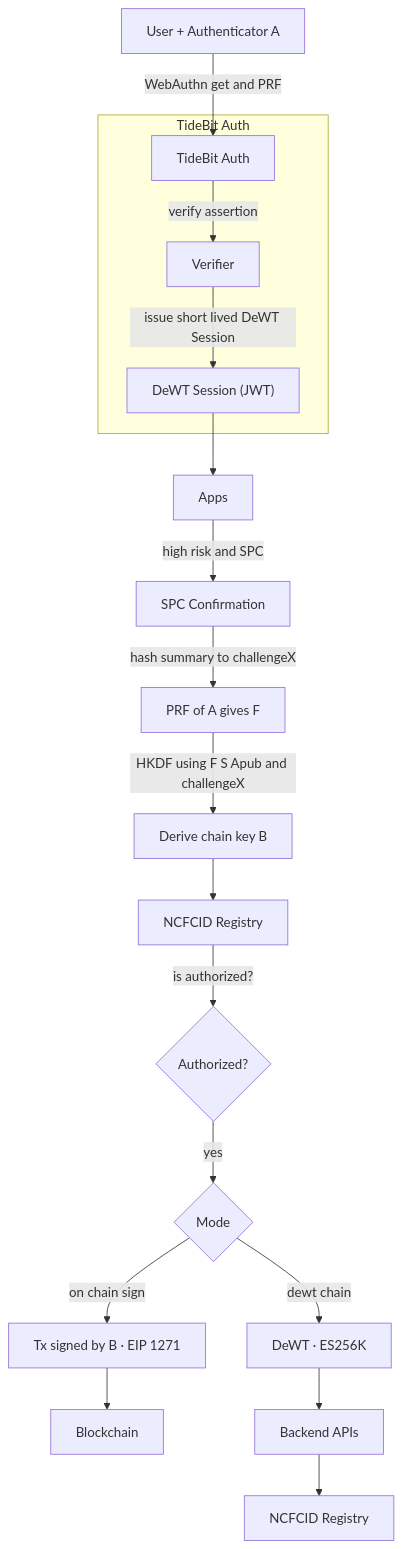
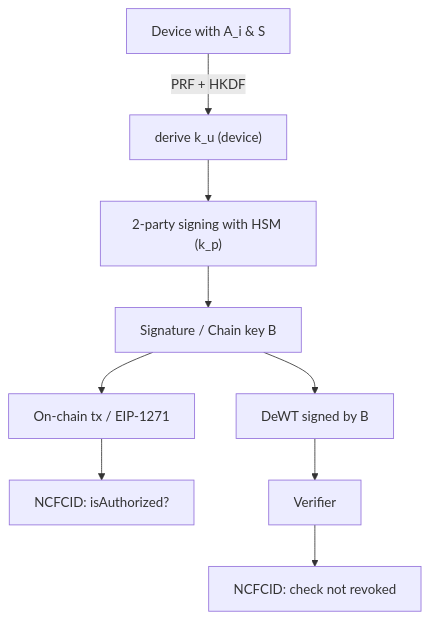
The second of 2 diagrams in TideBit-DeFi/FIDO2_Authentication.md (CAFECA-IO/KnowledgeManagement), drawn with Mermaid before and after one commit. The commit also changed other lines of this file, not shown here.

````diff
--- a/TideBit-DeFi/FIDO2_Authentication.md
+++ b/TideBit-DeFi/FIDO2_Authentication.md
@@ -274,20 +127,11 @@
 ```mermaid
 flowchart TB
-  U["User + Authenticator A"] -->|WebAuthn get and PRF| AUTH["TideBit Auth"]
-  subgraph AUTHBOX["TideBit Auth"]
-    AUTH -->|verify assertion| VER[Verifier]
-    VER -->|issue short lived DeWT Session| TOK["DeWT Session (JWT)"]
-  end
-  TOK --> APPS["Apps"]
-  APPS -->|high risk and SPC| SPC["SPC Confirmation"]
-  SPC -->|hash summary to challengeX| PRFNODE["PRF of A gives F"]
-  PRFNODE -->|HKDF using F S Apub and challengeX| DER["Derive chain key B"]
-  DER --> REG["NCFCID Registry"]
-  REG -->|is authorized?| OK{Authorized?}
-  OK -- yes --> MODE{Mode}
-  MODE -- on chain sign --> SIG["Tx signed by B · EIP 1271"]
-  MODE -- dewt chain --> DEWT["DeWT · ES256K"]
-  SIG --> CHAIN["Blockchain"]
-  DEWT --> API["Backend APIs"]
-  API --> REG2["NCFCID Registry"]
+  D["Device with A_i & S"] -->|PRF + HKDF| KU["derive k_u (device)"]
+  KU --> TWO["2‑party signing with HSM (k_p)"]
+  TWO --> BKEY["Signature / Chain key B"]
+  BKEY --> ONC["On‑chain tx / EIP‑1271"]
+  BKEY --> DWT["DeWT signed by B"]
+  ONC --> REG["NCFCID: isAuthorized?"]
+  DWT --> VFY["Verifier"]
+  VFY --> REG2["NCFCID: check not revoked"]
 ```
````
